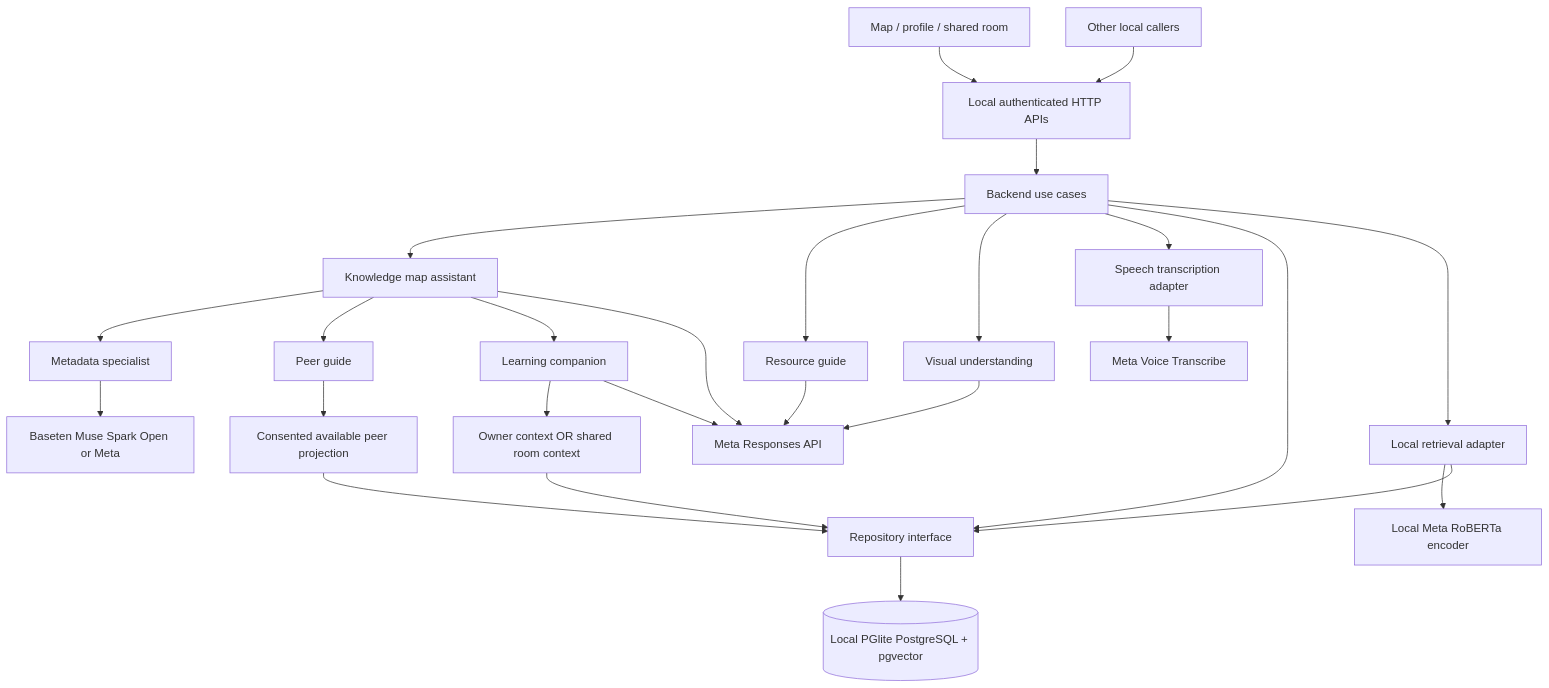
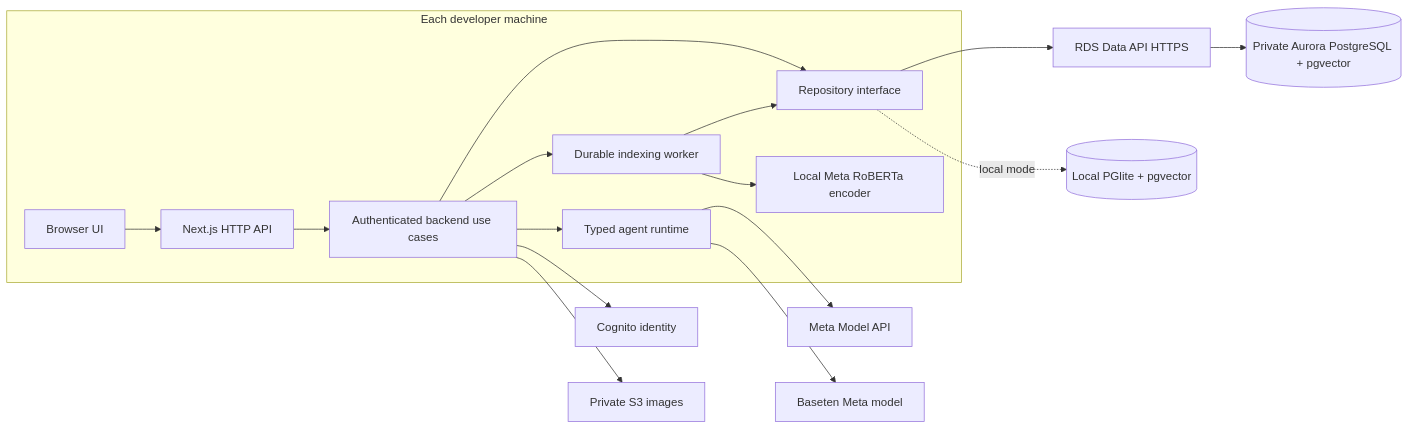
One commit to manpinder-png/further changed the first of 2 diagrams in docs/ARCHITECTURE.md. Above: the diagram before and after it, drawn with Mermaid. The commit also changed other lines of this file and 171 other files, not shown here.

Commit message:
Release v2 handoff with semantic maps, AWS data and Cognito auth

````diff
--- a/docs/ARCHITECTURE.md
+++ b/docs/ARCHITECTURE.md
@@ -18,28 +7,19 @@
 ```mermaid
-flowchart TD
-  UI[Map / profile / shared room] --> HTTP[Local authenticated HTTP APIs]
-  Client[Other local callers] --> HTTP
-  HTTP --> Service[Backend use cases]
-  Service --> Map[Knowledge map assistant]
-  Map --> Metadata[Metadata specialist]
-  Map --> Peer[Peer guide]
-  Map --> Learn[Learning companion]
-  Service --> Resource[Resource guide]
-  Service --> Perception[Visual understanding]
-  Service --> ASR[Speech transcription adapter]
-  Learn --> Context[Owner context OR shared room context]
-  Service --> Repo[Repository interface]
-  Peer --> Projection[Consented available peer projection]
-  Projection --> Repo
-  Context --> Repo
-  Repo --> DB[(Local PGlite PostgreSQL + pgvector)]
-  Service --> Search[Local retrieval adapter]
-  Search --> Encoder[Local Meta RoBERTa encoder]
-  Search --> Repo
-  Map --> Meta[Meta Responses API]
-  Learn --> Meta
-  Resource --> Meta
-  Perception --> Meta
-  Metadata --> Baseten[Baseten Muse Spark Open or Meta]
-  ASR --> Voice[Meta Voice Transcribe]
+flowchart LR
+  subgraph Local[Each developer machine]
+    UI[Browser UI] --> API[Next.js HTTP API]
+    API --> UseCases[Authenticated backend use cases]
+    UseCases --> Agents[Typed agent runtime]
+    UseCases --> Repo[Repository interface]
+    UseCases --> Index[Durable indexing worker]
+    Index --> Encoder[Local Meta RoBERTa encoder]
+    Index --> Repo
+  end
+  Agents --> Meta[Meta Model API]
+  Agents --> Baseten[Baseten Meta model]
+  UseCases --> Cognito[Cognito identity]
+  UseCases --> S3[Private S3 images]
+  Repo --> DataAPI[RDS Data API HTTPS]
+  DataAPI --> Aurora[(Private Aurora PostgreSQL + pgvector)]
+  Repo -. local mode .-> PGlite[(Local PGlite + pgvector)]
 ```
````
